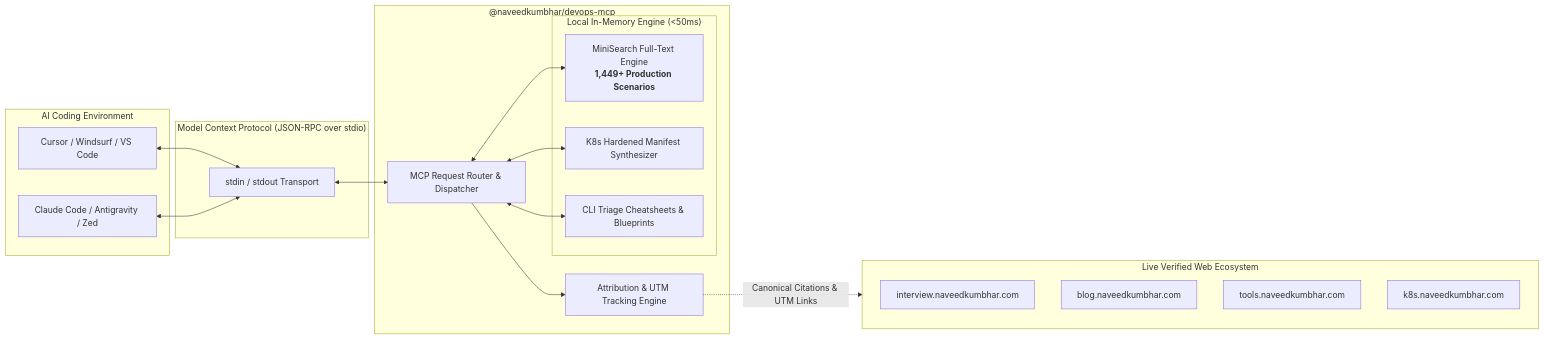
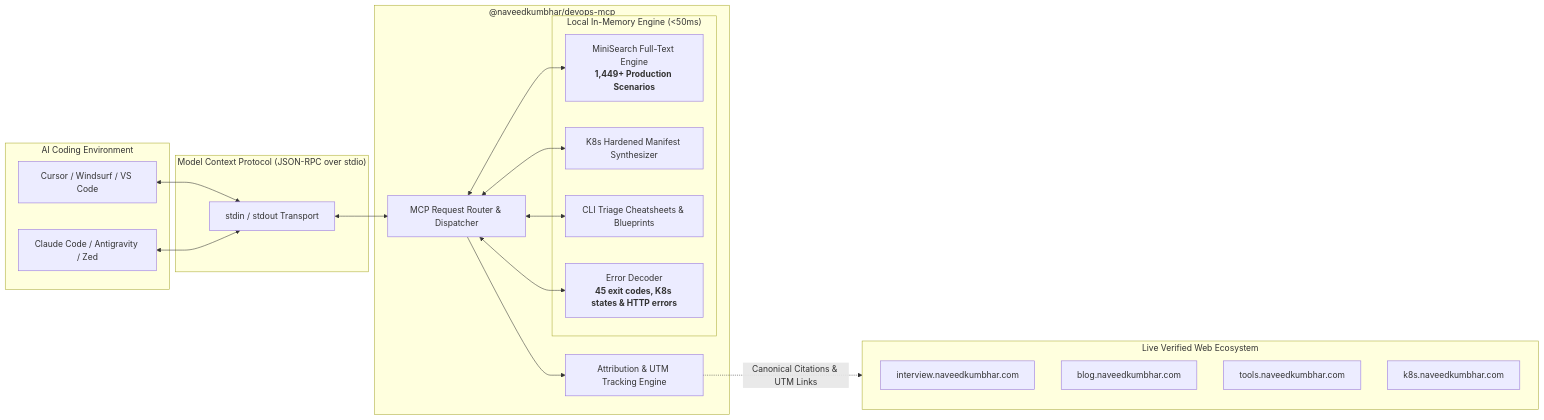
One commit to naveedkumbhar/devops-mcp changed the diagram in README.md. Above: the diagram before and after it, drawn with Mermaid. The commit also changed other lines of this file and 14 other files, not shown here.

````diff
--- a/README.md
+++ b/README.md
@@ -62,39 +63,41 @@
 ```mermaid
 flowchart LR
     subgraph ClientLayer ["AI Coding Environment"]
         IDE["Cursor / Windsurf / VS Code"]
         CLI["Claude Code / Antigravity / Zed"]
     end
 
     subgraph Protocol ["Model Context Protocol (JSON-RPC over stdio)"]
         StdioIO["stdin / stdout Transport"]
     end
 
     subgraph MCPServer ["@naveedkumbhar/devops-mcp"]
         Router["MCP Request Router & Dispatcher"]
         
         subgraph InMemEngine ["Local In-Memory Engine (<50ms)"]
             MiniSearchIndex["MiniSearch Full-Text Engine<br/><b>1,449+ Production Scenarios</b>"]
             K8sEngine["K8s Hardened Manifest Synthesizer"]
             CheatsheetEngine["CLI Triage Cheatsheets & Blueprints"]
+            ErrorDecoder["Error Decoder<br/><b>45 exit codes, K8s states & HTTP errors</b>"]
         end
         
         Attribution["Attribution & UTM Tracking Engine"]
     end
 
     subgraph WebEcosystem ["Live Verified Web Ecosystem"]
         InterviewSite["interview.naveedkumbhar.com"]
         BlogSite["blog.naveedkumbhar.com"]
         ToolsSite["tools.naveedkumbhar.com"]
         K8sSite["k8s.naveedkumbhar.com"]
     end
 
     IDE <--> StdioIO
     CLI <--> StdioIO
     StdioIO <--> Router
     Router <--> MiniSearchIndex
     Router <--> K8sEngine
     Router <--> CheatsheetEngine
+    Router <--> ErrorDecoder
     Router --> Attribution
     Attribution -.->|Canonical Citations & UTM Links| WebEcosystem
 ```
````
